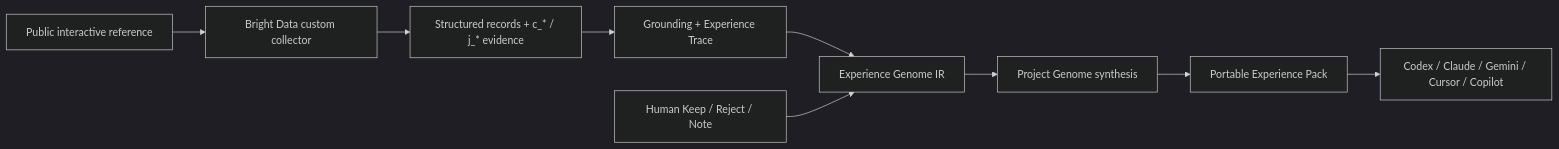
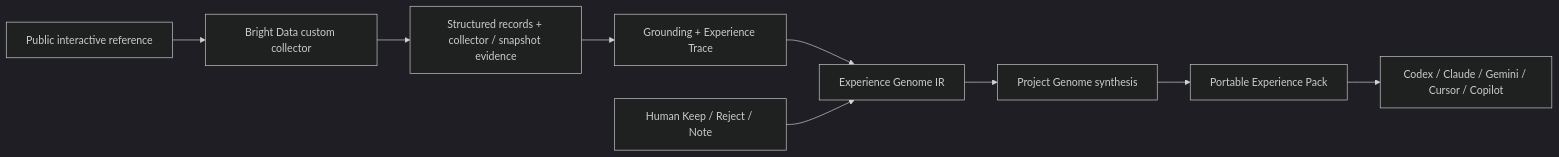
Before and after one commit to KabeerY/experience-genome: the diagram in README.md, drawn with Mermaid (dark theme). The commit also changed other lines of this file and 6 other files, not shown here.

````diff
--- a/README.md
+++ b/README.md
@@ -75,11 +78,11 @@
 ```mermaid
 flowchart LR
     A[Public interactive reference] --> B[Bright Data custom collector]
-    B --> C[Structured records + c_* / j_* evidence]
+    B --> C[Structured records + collector / snapshot evidence]
     C --> D[Grounding + Experience Trace]
     D --> E[Experience Genome IR]
     H[Human Keep / Reject / Note] --> E
     E --> F[Project Genome synthesis]
     F --> G[Portable Experience Pack]
     G --> I[Codex / Claude / Gemini / Cursor / Copilot]
 ```
````
